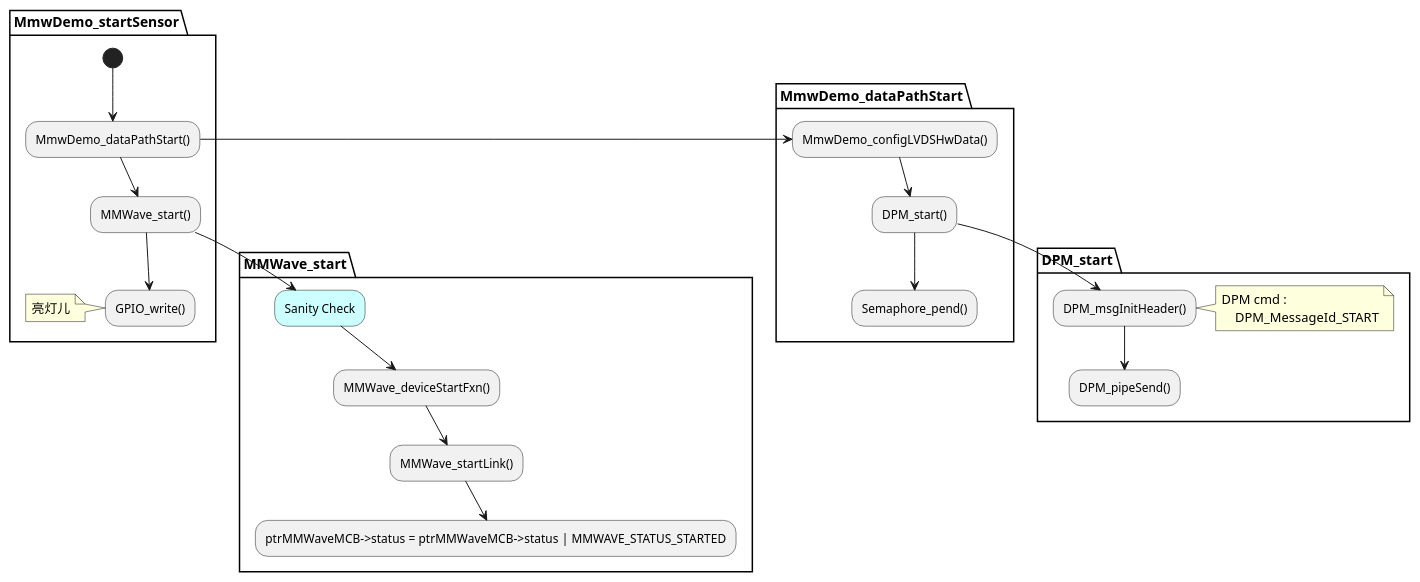
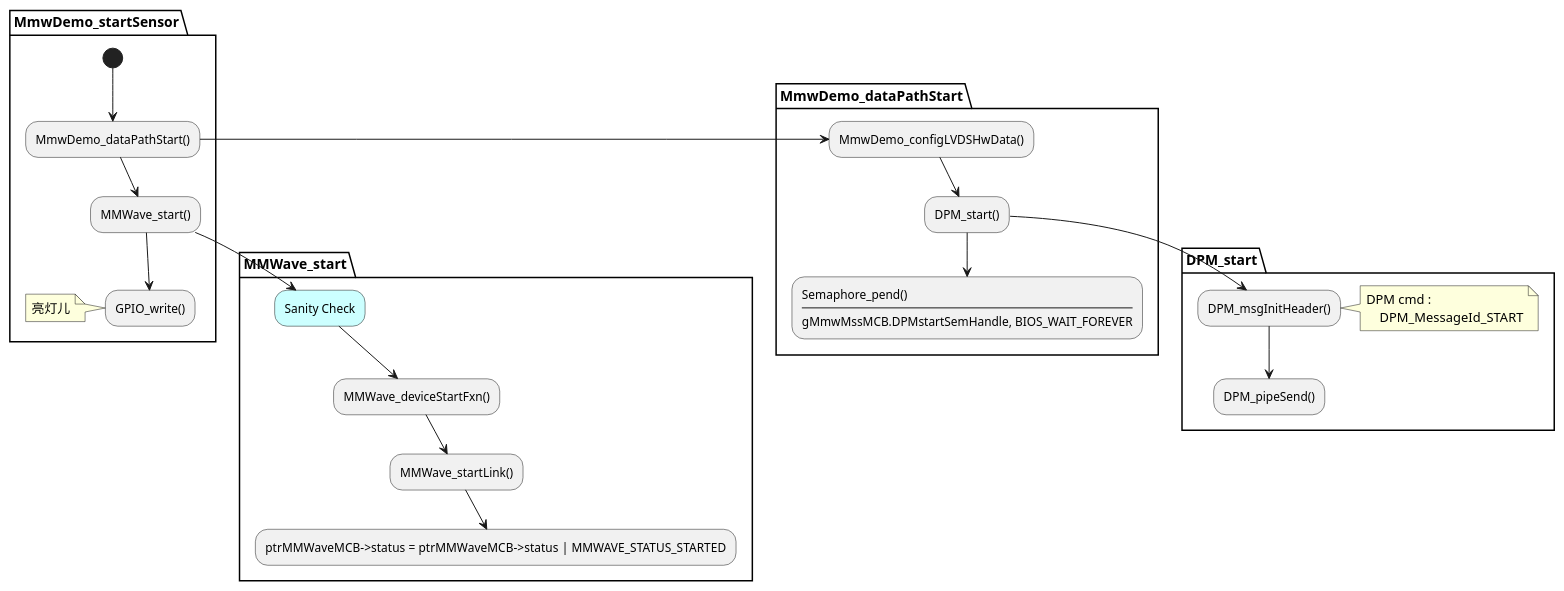
One commit to Mr-Bulijiojio/NotesTIproject changed the fifth of 5 diagrams in whengetCLIcmd.plantuml. Above: the diagram before and after it, drawn with PlantUML. The commit also changed other lines of this file and 1 other file, not shown here.

```diff
--- a/whengetCLIcmd.plantuml
+++ b/whengetCLIcmd.plantuml
@@ -255,36 +254,38 @@
 @startuml MmwDemo_startSensor
 
     partition "MmwDemo_startSensor"
         (*)-->MmwDemo_dataPathStart()
         "MmwDemo_dataPathStart()"-->MMWave_start()
         -->GPIO_write()
 
         note left
             亮灯儿
         end note
     end partition
 
     partition "MmwDemo_dataPathStart"
         "MmwDemo_dataPathStart()" -> MmwDemo_configLVDSHwData()
         --> DPM_start()
-        --> Semaphore_pend()
+        --> "Semaphore_pend()
+        ----
+        gMmwMssMCB.DPMstartSemHandle, BIOS_WAIT_FOREVER"
     end partition
 
     partition "DPM_start"
         "DPM_start()" --> DPM_msgInitHeader()
 
         note right
             DPM cmd : 
                 DPM_MessageId_START
         end note
 
         --> DPM_pipeSend()
     end partition
 
     partition "MMWave_start"
         "MMWave_start()"--> Sanity Check #CCFFFF
         --> MMWave_deviceStartFxn()
         --> MMWave_startLink()
         --> ptrMMWaveMCB->status = ptrMMWaveMCB->status | MMWAVE_STATUS_STARTED
     end partition
 @enduml
```
